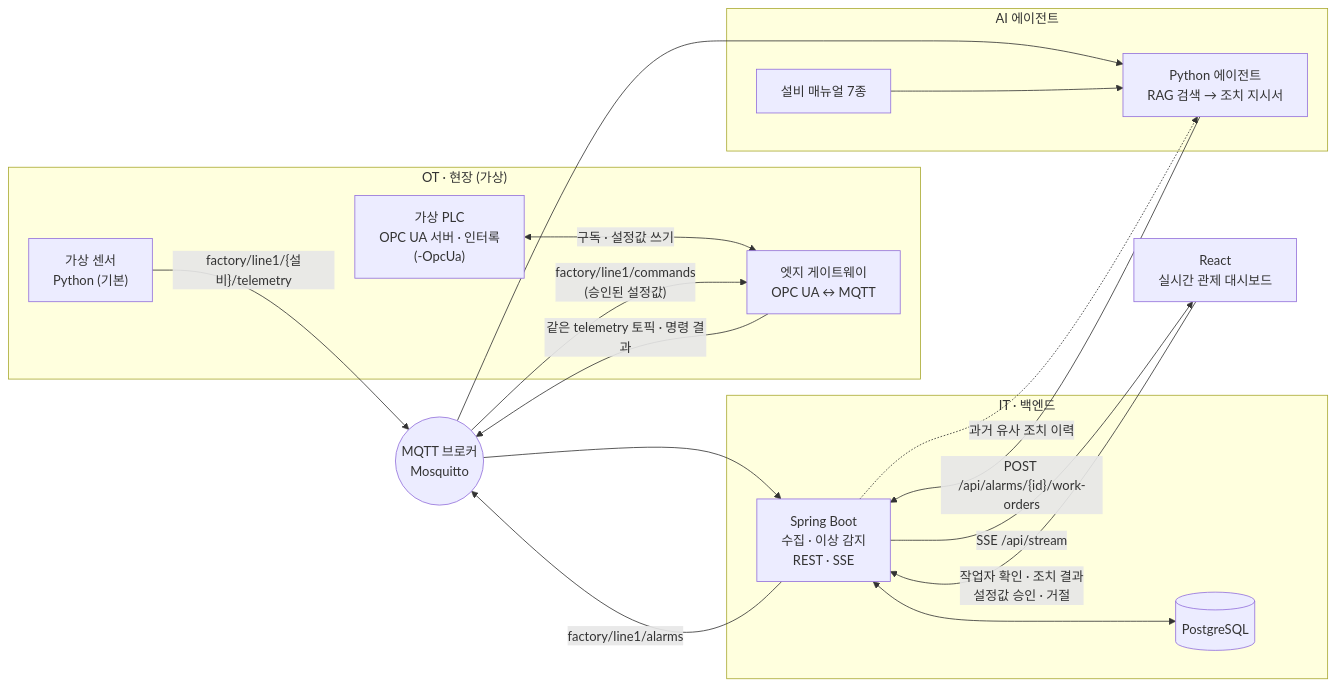
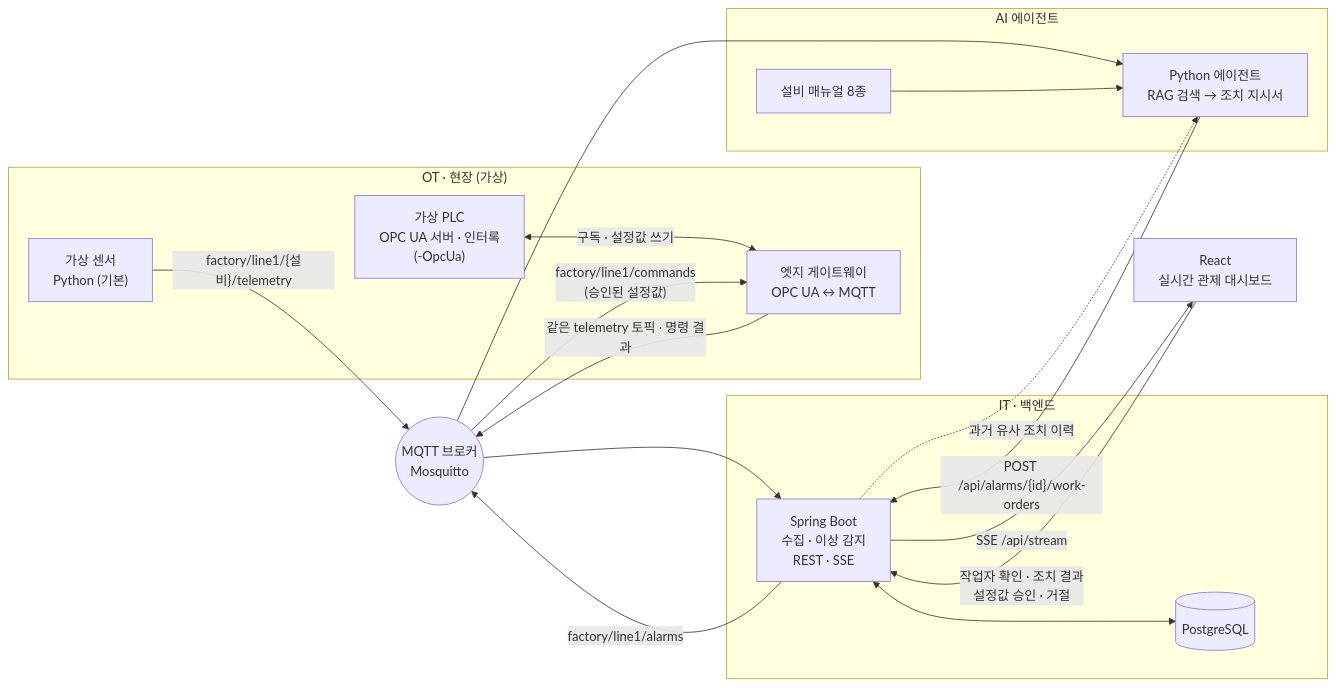
The diagram in README.md (hohoho-1/factory-agent-demo), drawn with Mermaid before and after one commit. The commit also changed other lines of this file and 48 other files, not shown here.

````diff
--- a/README.md
+++ b/README.md
@@ -24,32 +24,32 @@
 ```mermaid
 flowchart LR
     subgraph OT["OT · 현장 (가상)"]
         S["가상 센서<br/>Python (기본)"]
         PLC["가상 PLC<br/>OPC UA 서버 · 인터록<br/>(-OpcUa)"]
         GW["엣지 게이트웨이<br/>OPC UA ↔ MQTT"]
         PLC <-- "구독 · 설정값 쓰기" --> GW
     end
     B(("MQTT 브로커<br/>Mosquitto"))
     subgraph IT["IT · 백엔드"]
         SB["Spring Boot<br/>수집 · 이상 감지<br/>REST · SSE"]
         DB[("PostgreSQL")]
     end
     subgraph AI["AI 에이전트"]
         AG["Python 에이전트<br/>RAG 검색 → 조치 지시서"]
-        M["설비 매뉴얼 7종"]
+        M["설비 매뉴얼 8종"]
     end
     UI["React<br/>실시간 관제 대시보드"]
 
     S -- "factory/line1/{설비}/telemetry" --> B
     GW -- "같은 telemetry 토픽 · 명령 결과" --> B
     B -- "factory/line1/commands<br/>(승인된 설정값)" --> GW
     B --> SB
     SB <--> DB
     SB -- "factory/line1/alarms" --> B
     B --> AG
     M --> AG
     AG -- "POST /api/alarms/{id}/work-orders" --> SB
     SB -- "SSE /api/stream" --> UI
     UI -- "작업자 확인 · 조치 결과<br/>설정값 승인 · 거절" --> SB
     SB -. "과거 유사 조치 이력" .-> AG
 ```
````
